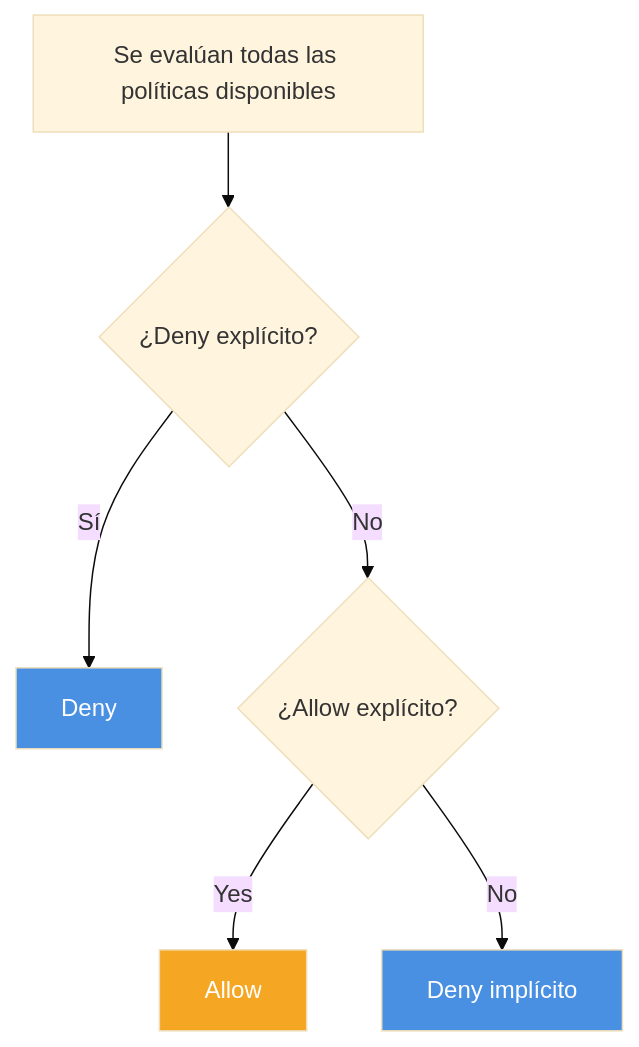
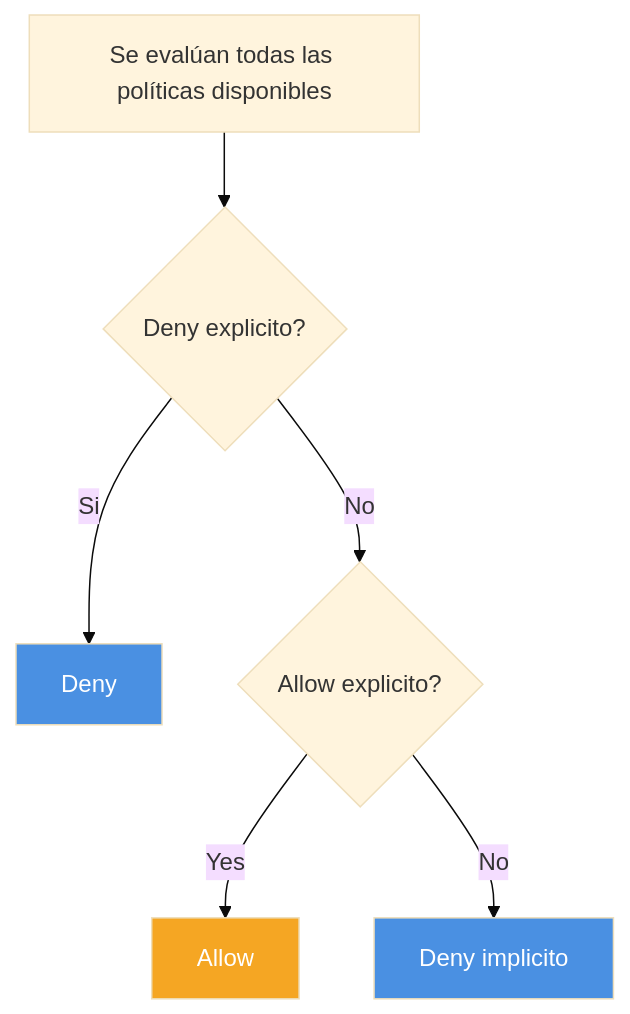
The diagram in src/Clase 2.md (FranCalveyra/aws), drawn with Mermaid (base theme) before and after one commit. The commit also changed other lines of this file and 35 other files, not shown here.

Commit message:
feat(Classes 2, 3 and 4): Finished adding notes of these classes - Fixed mermaid issues - Changed favicon.ico for aws logo - Updated README.md

````diff
--- a/src/Clase 2.md
+++ b/src/Clase 2.md
@@ -98,12 +98,12 @@
 ```mermaid
-flowchart TD
-    A[Se evalúan todas las políticas disponibles] --> B{¿Deny explícito?}
-    B -->|Sí| C[Deny]
-    B -->|No| D{¿Allow explícito?}
+graph TD
+    A[Se evalúan todas las políticas disponibles] --> B{Deny explicito?}
+    B -->|Si| C[Deny]
+    B -->|No| D{Allow explicito?}
     D -->|Yes| E[Allow]
-    D -->|No| F[Deny implícito]
-    
+    D -->|No| F[Deny implicito]
+
     style C fill:#4A90E2,color:#fff
     style E fill:#F5A623,color:#fff
     style F fill:#4A90E2,color:#fff
 ```
````
